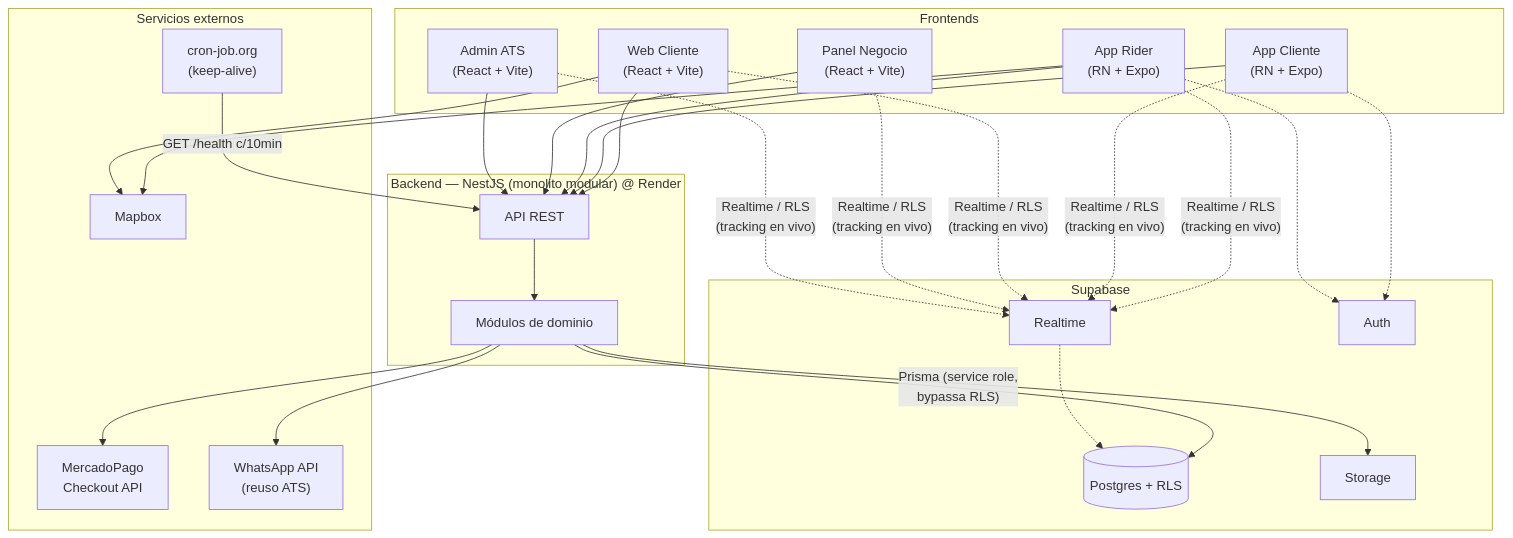
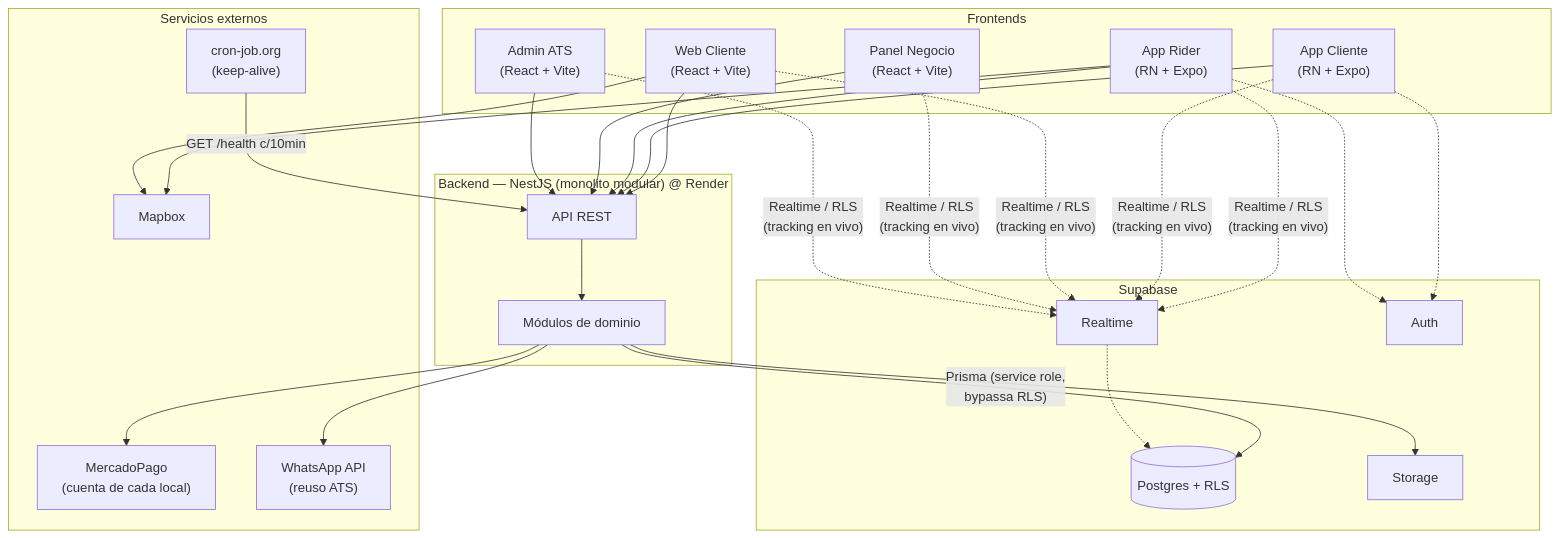
One commit to aragontechsolutions-dev/ATS-Express changed the first of 6 diagrams in docs/architecture.md. Above: the diagram before and after it, drawn with Mermaid. The commit also changed other lines of this file and 2 other files, not shown here.

````diff
--- a/docs/architecture.md
+++ b/docs/architecture.md
@@ -17,42 +23,42 @@
 ```mermaid
 graph TB
   subgraph Clientes["Frontends"]
     WebCli["Web Cliente<br/>(React + Vite)"]
     AppCli["App Cliente<br/>(RN + Expo)"]
     AppRider["App Rider<br/>(RN + Expo)"]
     PanelNeg["Panel Negocio<br/>(React + Vite)"]
     PanelATS["Admin ATS<br/>(React + Vite)"]
   end
 
   subgraph Backend["Backend — NestJS (monolito modular) @ Render"]
     API["API REST"]
     Modulos["Módulos de dominio"]
   end
 
   subgraph Supabase["Supabase"]
     PG[("Postgres + RLS")]
     Realtime["Realtime"]
     Auth["Auth"]
     Storage["Storage"]
   end
 
   subgraph Externos["Servicios externos"]
-    MP["MercadoPago<br/>Checkout API"]
+    MP["MercadoPago<br/>(cuenta de cada local)"]
     Mapbox["Mapbox"]
     WA["WhatsApp API<br/>(reuso ATS)"]
     Cron["cron-job.org<br/>(keep-alive)"]
   end
 
   WebCli & AppCli & AppRider & PanelNeg & PanelATS --> API
   API --> Modulos
   Modulos -->|"Prisma (service role,<br/>bypassa RLS)"| PG
   Modulos --> MP
   Modulos --> WA
   Modulos --> Storage
 
   AppRider & AppCli & WebCli & PanelNeg & PanelATS -.->|"Realtime / RLS<br/>(tracking en vivo)"| Realtime
   Realtime -.-> PG
   AppCli & AppRider -.-> Auth
   AppRider & WebCli --> Mapbox
   Cron -->|"GET /health c/10min"| API
 ```
````
